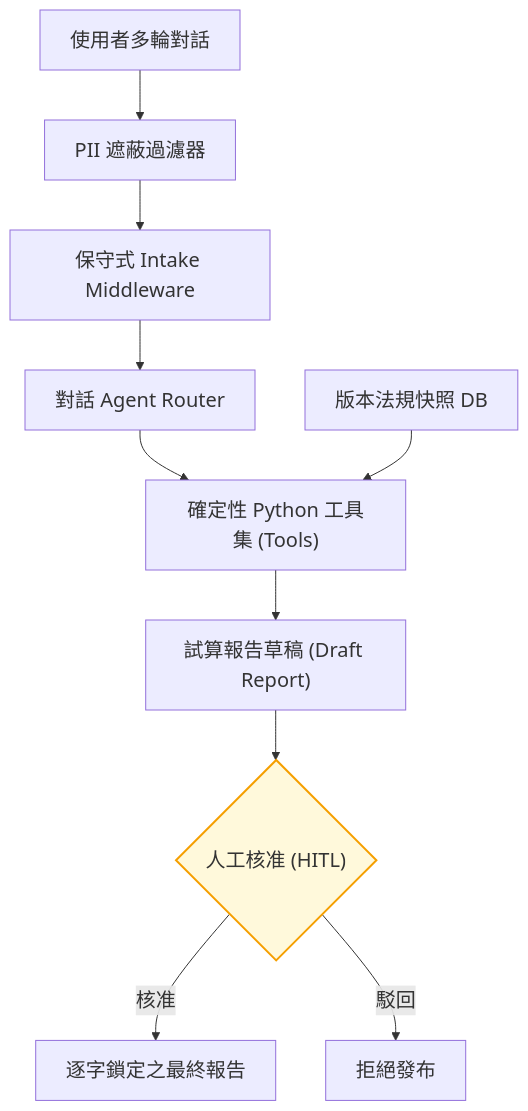
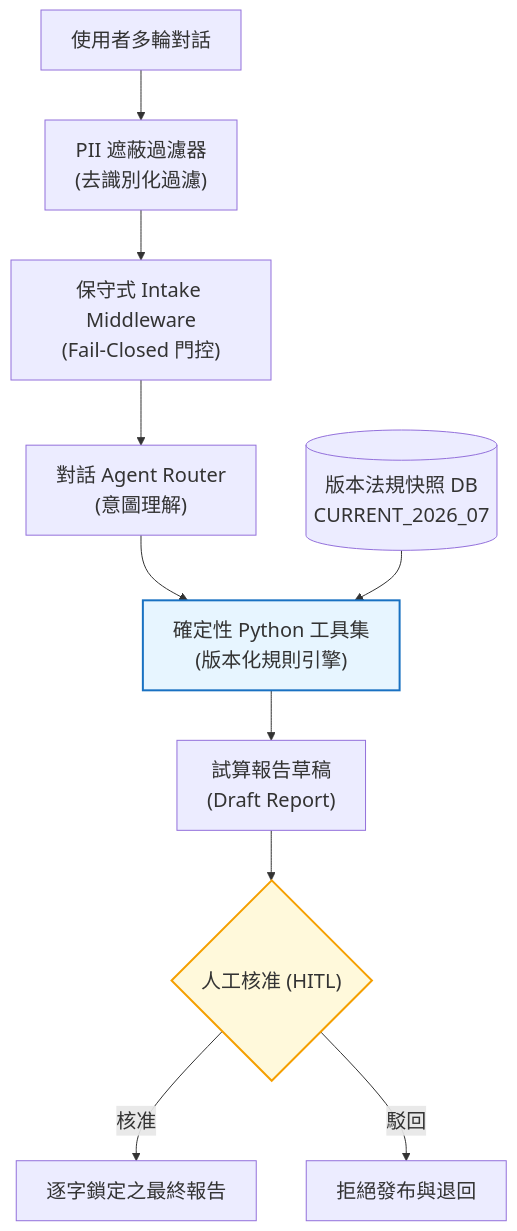
One commit to kuotunyu/ltc-benefit-agent changed the first of 2 diagrams in README.md. Above: the diagram before and after it, drawn with Mermaid. The commit also changed other lines of this file and 18 other files, not shown here.

Commit message:
docs: overhaul README with 20px HITL sequence diagram and untrack .claude/PLAN/PROGRESS

````diff
--- a/README.md
+++ b/README.md
@@ -33,15 +35,16 @@
 ```mermaid
 %%{init: {'themeVariables': {'fontSize': '20px'}}}%%
 flowchart TD
-    U["使用者多輪對話"] --> P["PII 遮蔽過濾器"]
-    P --> I["保守式 Intake Middleware"]
-    I --> A["對話 Agent Router"]
-    A --> T["確定性 Python 工具集 (Tools)"]
-    T --> D["試算報告草稿 (Draft Report)"]
+    U["使用者多輪對話"] --> P["PII 遮蔽過濾器<br/>(去識別化過濾)"]
+    P --> I["保守式 Intake Middleware<br/>(Fail-Closed 門控)"]
+    I --> A["對話 Agent Router<br/>(意圖理解)"]
+    A --> T["確定性 Python 工具集<br/>(版本化規則引擎)"]
+    T --> D["試算報告草稿<br/>(Draft Report)"]
     D --> H{"人工核准 (HITL)"}
-    H -- 核准 --> R["逐字鎖定之最終報告"]
-    H -- 駁回 --> X["拒絕發布"]
-    S["版本法規快照 DB"] --> T
+    H -->|核准| R["逐字鎖定之最終報告"]
+    H -->|駁回| X["拒絕發布與退回"]
+    S[("版本法規快照 DB<br/>CURRENT_2026_07")] --> T
 
     style H fill:#fff9db,stroke:#f59f00,stroke-width:2px
+    style T fill:#e7f5ff,stroke:#1971c2,stroke-width:2px
 ```
````
